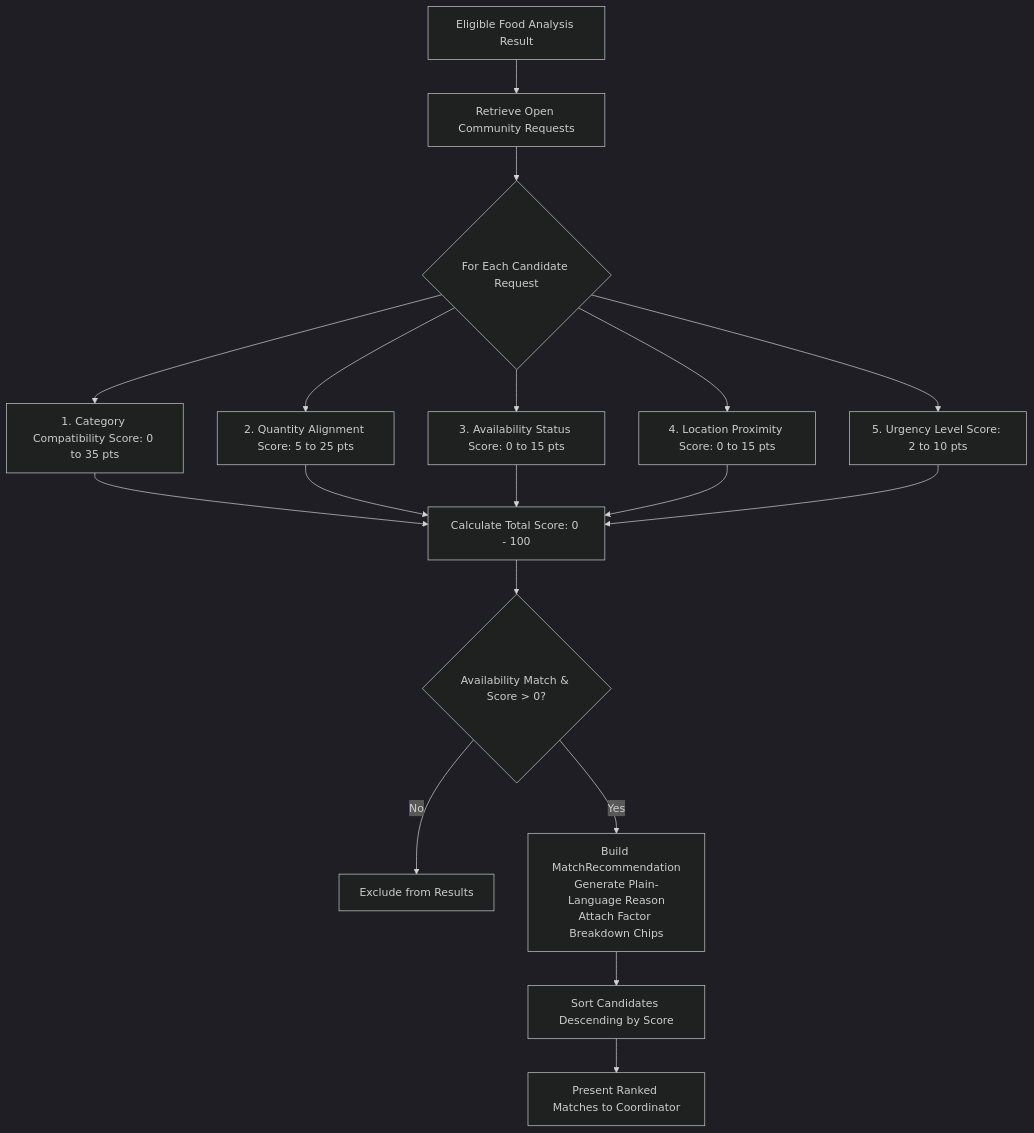
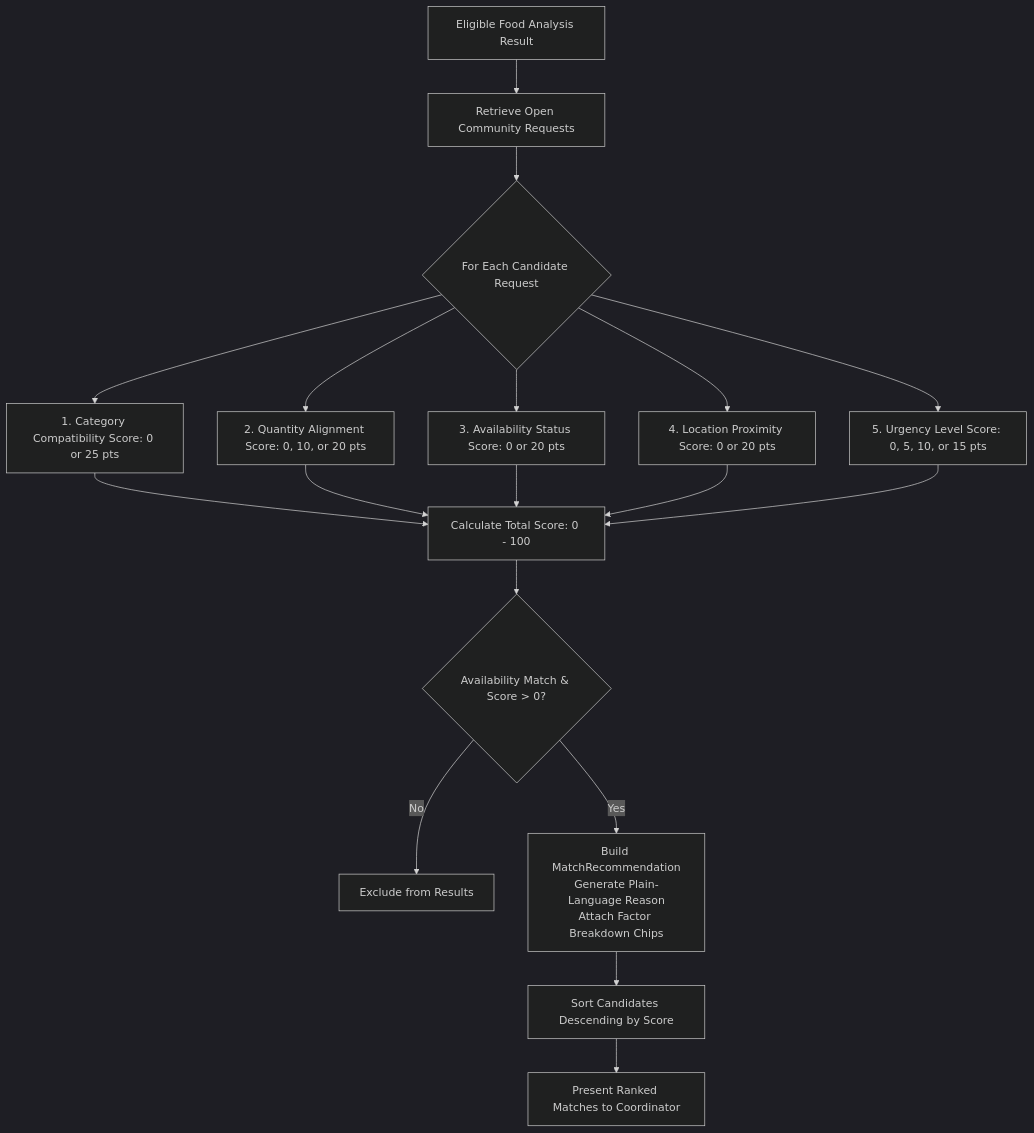
Before and after one commit to TERMINATOR7732/foodbridge-ai: the fourth of 10 diagrams in docs/DIAGRAMS.md, drawn with Mermaid (dark theme). The commit also changed 5 other files, not shown here.

````diff
--- a/docs/DIAGRAMS.md
+++ b/docs/DIAGRAMS.md
@@ -93,24 +93,24 @@
 ```mermaid
 flowchart TD
     A[Eligible Food Analysis Result] --> B[Retrieve Open Community Requests]
     B --> C{For Each Candidate Request}
     
-    C --> F1[1. Category Compatibility Score: 0 to 35 pts]
-    C --> F2[2. Quantity Alignment Score: 5 to 25 pts]
-    C --> F3[3. Availability Status Score: 0 to 15 pts]
-    C --> F4[4. Location Proximity Score: 0 to 15 pts]
-    C --> F5[5. Urgency Level Score: 2 to 10 pts]
+    C --> F1[1. Category Compatibility Score: 0 or 25 pts]
+    C --> F2[2. Quantity Alignment Score: 0, 10, or 20 pts]
+    C --> F3[3. Availability Status Score: 0 or 20 pts]
+    C --> F4[4. Location Proximity Score: 0 or 20 pts]
+    C --> F5[5. Urgency Level Score: 0, 5, 10, or 15 pts]
 
     F1 --> Sum[Calculate Total Score: 0 - 100]
     F2 --> Sum
     F3 --> Sum
     F4 --> Sum
     F5 --> Sum
 
     Sum --> Filter{Availability Match & Score > 0?}
     Filter -->|No| Discard[Exclude from Results]
     Filter -->|Yes| Build[Build MatchRecommendation<br/>Generate Plain-Language Reason<br/>Attach Factor Breakdown Chips]
 
     Build --> Rank[Sort Candidates Descending by Score]
     Rank --> Output[Present Ranked Matches to Coordinator]
 ```
````
